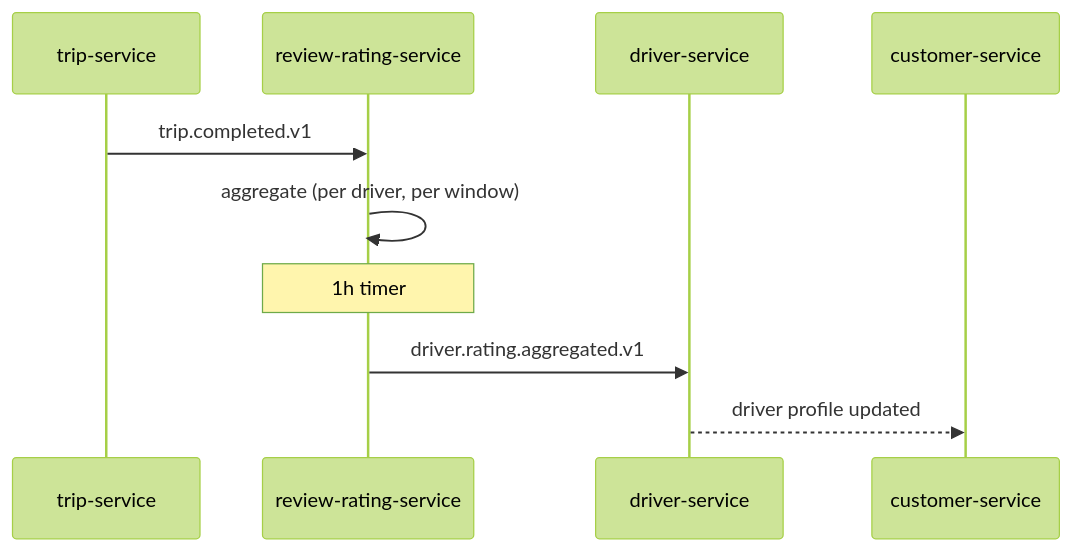
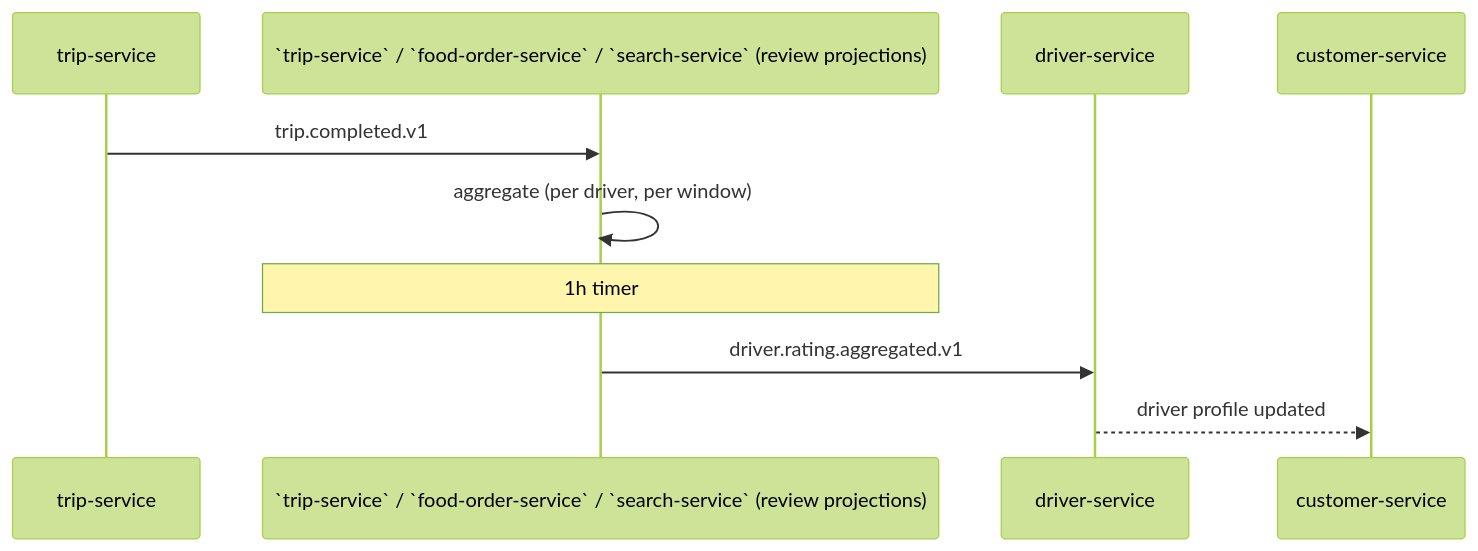
Before and after one commit to mohamedhabibwork/trips-enjoy-docs: the third of 5 diagrams in docs/architecture/CONSISTENCY_STRATEGY.md, drawn with Mermaid (forest theme). The commit also changed other lines of this file and 525 other files, not shown here.

````diff
--- a/docs/architecture/CONSISTENCY_STRATEGY.md
+++ b/docs/architecture/CONSISTENCY_STRATEGY.md
@@ -118,13 +118,13 @@
 ```mermaid
 sequenceDiagram
     participant TR as trip-service
-    participant RR as review-rating-service
+    participant RR as `trip-service` / `food-order-service` / `search-service` (review projections)
     participant DR as driver-service
     participant CR as customer-service
 
     TR->>RR: trip.completed.v1
     RR->>RR: aggregate (per driver, per window)
     Note over RR: 1h timer
     RR->>DR: driver.rating.aggregated.v1
     DR-->>CR: driver profile updated
 ```
````
